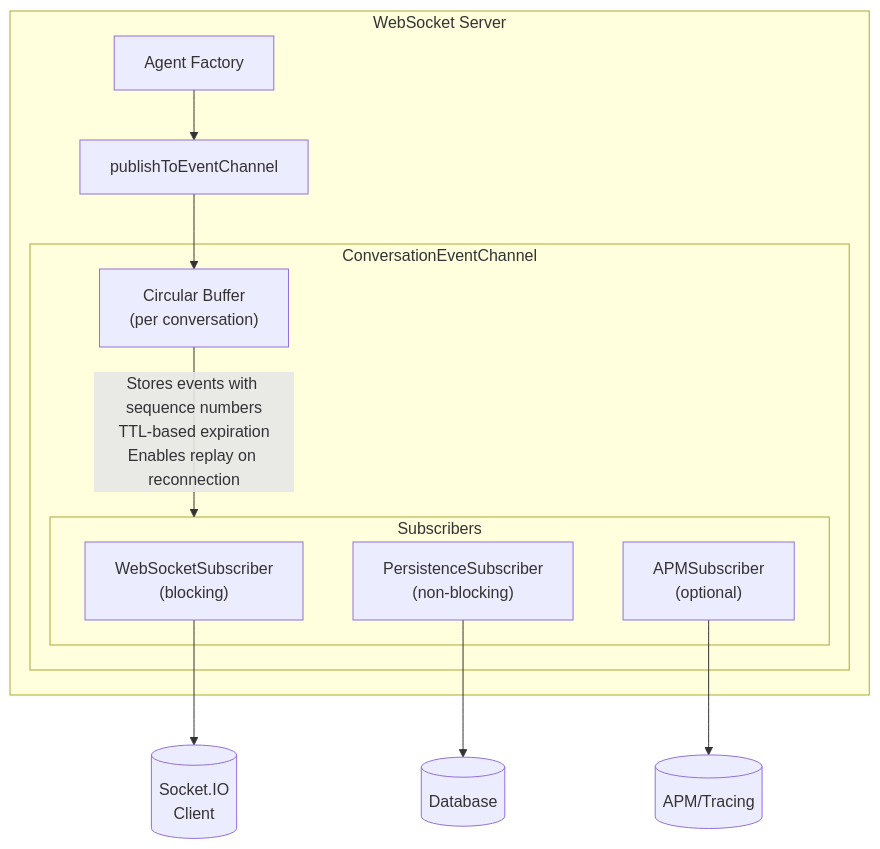
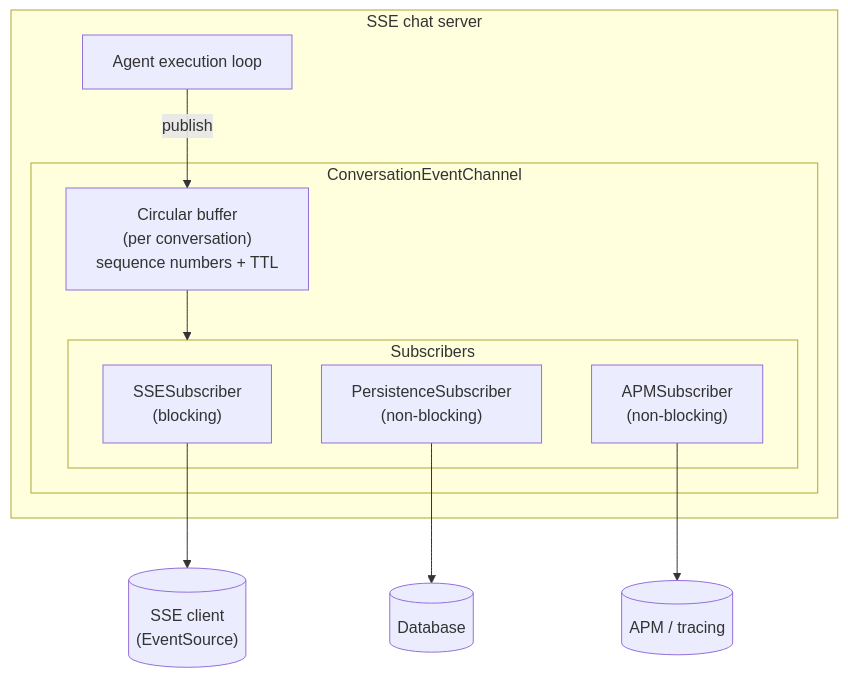
The diagram in packages/ai-transport/README.md (hsharif-godaddy/hackathon2026), drawn with Mermaid before and after one commit. The commit also changed other lines of this file and 69 other files, not shown here.

````diff
--- a/packages/ai-transport/README.md
+++ b/packages/ai-transport/README.md
@@ -9,25 +17,24 @@
 ```mermaid
 flowchart TB
-    subgraph WebSocketServer["WebSocket Server"]
-        AF[Agent Factory]
-        PEC[publishToEventChannel]
+    subgraph Server["SSE chat server"]
+        AL[Agent execution loop]
 
         subgraph EC["ConversationEventChannel"]
-            CB["Circular Buffer<br/>(per conversation)"]
-            CB --> |"Stores events with sequence numbers<br/>TTL-based expiration<br/>Enables replay on reconnection"| SUBS
+            CB["Circular buffer<br/>(per conversation)<br/>sequence numbers + TTL"]
 
             subgraph SUBS["Subscribers"]
-                WS["WebSocketSubscriber<br/>(blocking)"]
+                SSE["SSESubscriber<br/>(blocking)"]
                 PS["PersistenceSubscriber<br/>(non-blocking)"]
-                APM["APMSubscriber<br/>(optional)"]
+                APM["APMSubscriber<br/>(non-blocking)"]
             end
+
+            CB --> SUBS
         end
 
-        AF --> PEC
-        PEC --> CB
+        AL -->|publish| CB
     end
 
-    WS --> SIO[("Socket.IO<br/>Client")]
+    SSE --> CLIENT[("SSE client<br/>(EventSource)")]
     PS --> DB[("Database")]
-    APM --> TRACE[("APM/Tracing")]
+    APM --> TRACE[("APM / tracing")]
 ```
````
